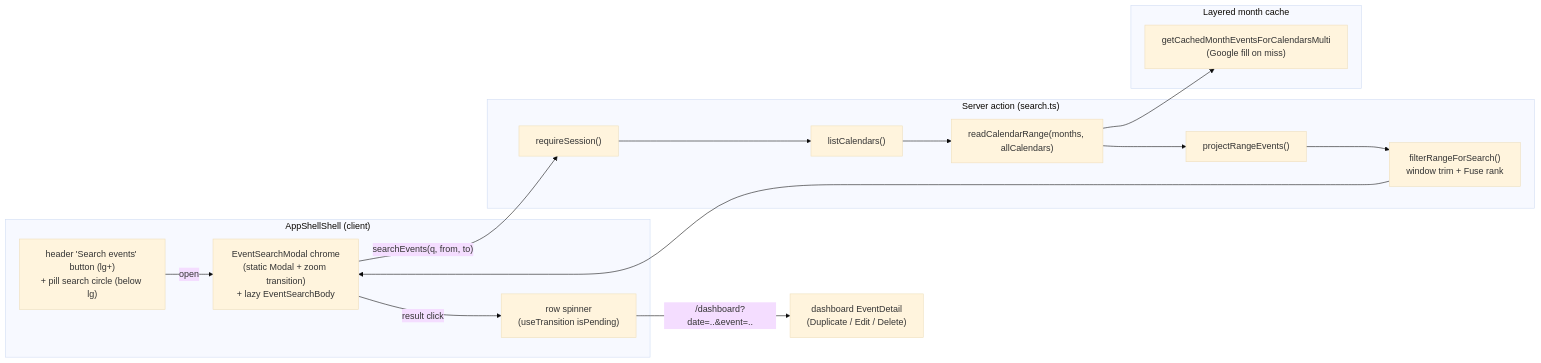
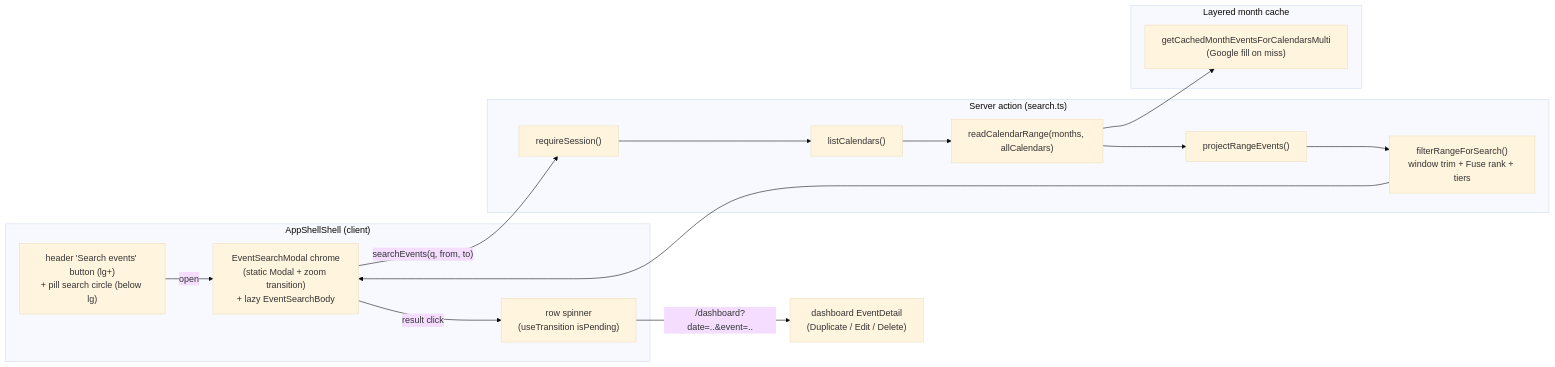
Before and after one commit to oncloudnintynineone-source/cloudy2: the diagram in docs/event-search.md, drawn with Mermaid (base theme). The commit also changed other lines of this file and 8 other files, not shown here.

Commit message:
Event search: aligned toolbar, wrapping-free date range, tiered result sections

````diff
--- a/docs/event-search.md
+++ b/docs/event-search.md
@@ -66,23 +68,23 @@
 ```mermaid
 flowchart LR
  subgraph SHELL["AppShellShell (client)"]
  B["header 'Search events' button (lg+)<br/>+ pill search circle (below lg)"]
   M["EventSearchModal chrome<br/>(static Modal + zoom transition)<br/>+ lazy EventSearchBody"]
  SPIN["row spinner<br/>(useTransition isPending)"]
  end
  subgraph ACTION["Server action (search.ts)"]
  R["requireSession()"]
  C["listCalendars()"]
  RC["readCalendarRange(months, allCalendars)"]
  PJ["projectRangeEvents()"]
- FF["filterRangeForSearch()<br/>window trim + Fuse rank"]
+ FF["filterRangeForSearch()<br/>window trim + Fuse rank + tiers"]
  end
  subgraph CACHE["Layered month cache"]
  MC["getCachedMonthEventsForCalendarsMulti<br/>(Google fill on miss)"]
  end
  B -->|open| M
  M -->|"searchEvents(q, from, to)"| R --> C --> RC --> MC
  RC --> PJ --> FF --> M
  M -->|result click| SPIN
  SPIN -->|"/dashboard?date=..&event=.."| DEEP["dashboard EventDetail<br/>(Duplicate / Edit / Delete)"]
 ```
````
